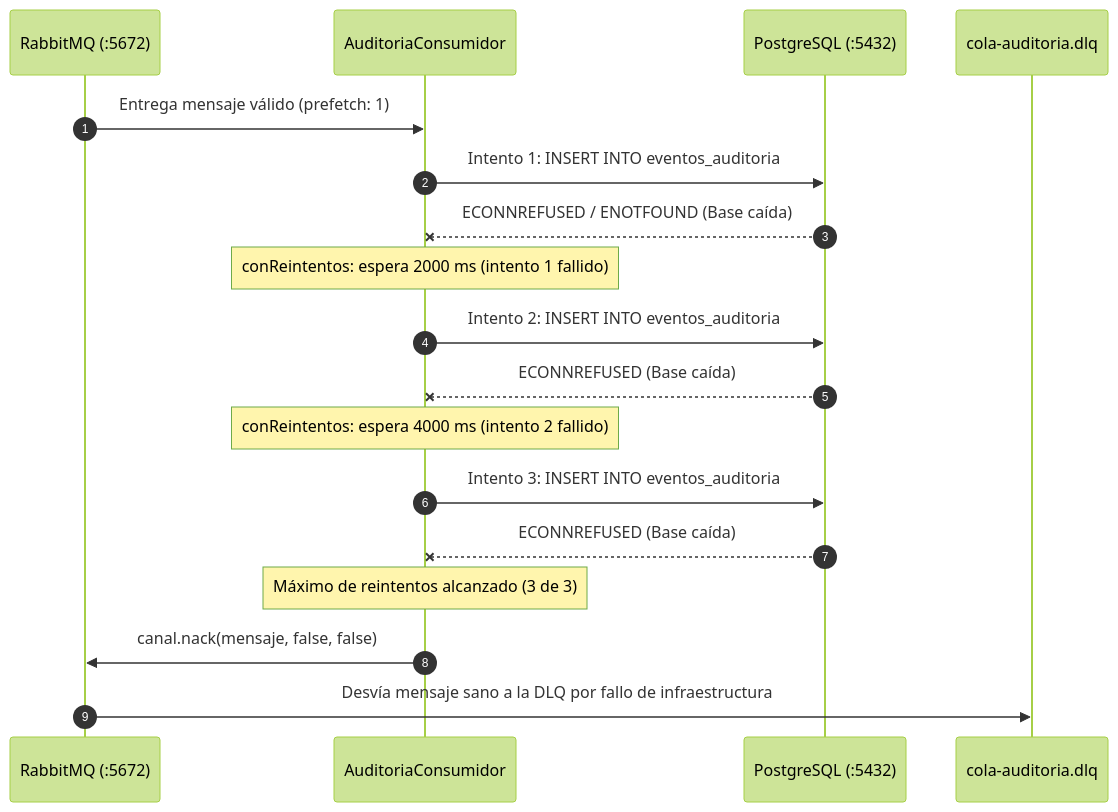
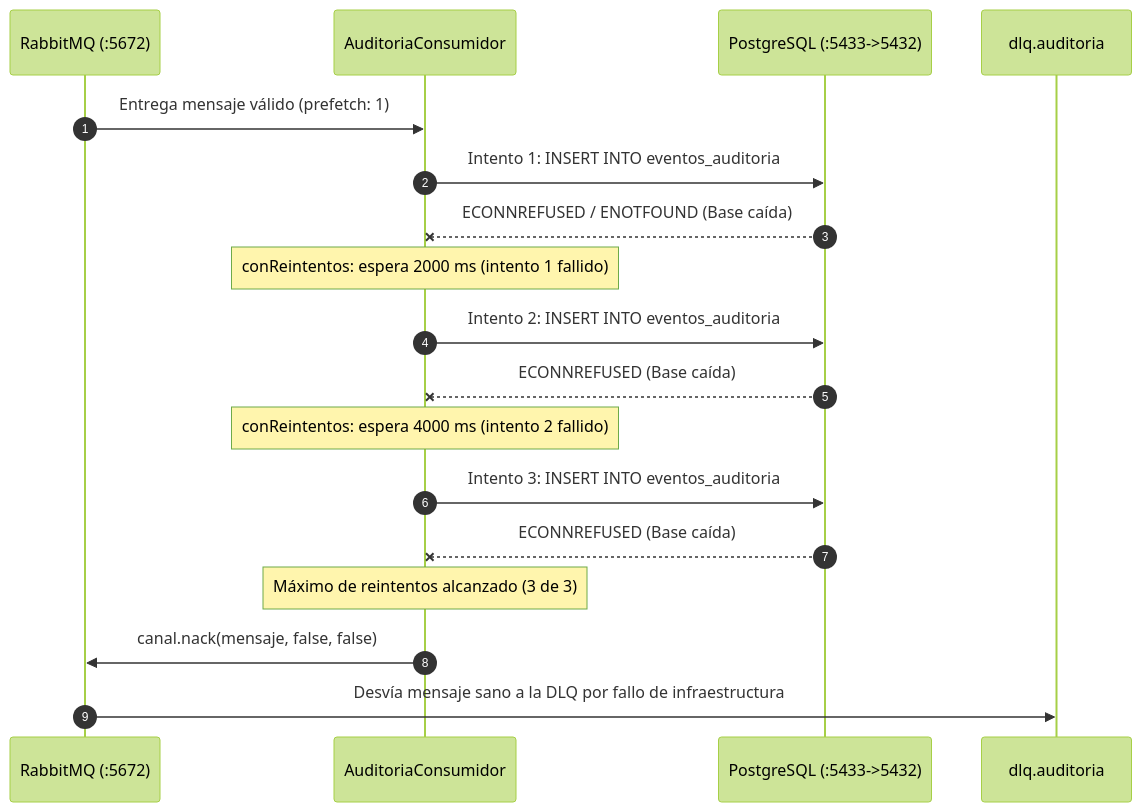
The eighth of 12 diagrams in FLUJOS_EXPLICADOS_PASO_A_PASO.md (oskr003/vidalstore-ep1-skill), drawn with Mermaid (forest theme) before and after one commit. The commit also changed other lines of this file and 9 other files, not shown here.

````diff
--- a/FLUJOS_EXPLICADOS_PASO_A_PASO.md
+++ b/FLUJOS_EXPLICADOS_PASO_A_PASO.md
@@ -961,21 +961,21 @@
 ```mermaid
 sequenceDiagram
     autonumber
     participant Rabbit as RabbitMQ (:5672)
     participant Worker as AuditoriaConsumidor
-    participant Postgres as PostgreSQL (:5432)
-    participant DLQ as cola-auditoria.dlq
+    participant Postgres as PostgreSQL (:5433->5432)
+    participant DLQ as dlq.auditoria
 
     Rabbit->>Worker: Entrega mensaje válido (prefetch: 1)
     Worker->>Postgres: Intento 1: INSERT INTO eventos_auditoria
     Postgres--xWorker: ECONNREFUSED / ENOTFOUND (Base caída)
     Note over Worker: conReintentos: espera 2000 ms (intento 1 fallido)
     Worker->>Postgres: Intento 2: INSERT INTO eventos_auditoria
     Postgres--xWorker: ECONNREFUSED (Base caída)
     Note over Worker: conReintentos: espera 4000 ms (intento 2 fallido)
     Worker->>Postgres: Intento 3: INSERT INTO eventos_auditoria
     Postgres--xWorker: ECONNREFUSED (Base caída)
     Note over Worker: Máximo de reintentos alcanzado (3 de 3)
     Worker->>Rabbit: canal.nack(mensaje, false, false)
     Rabbit->>DLQ: Desvía mensaje sano a la DLQ por fallo de infraestructura
 ```
````
